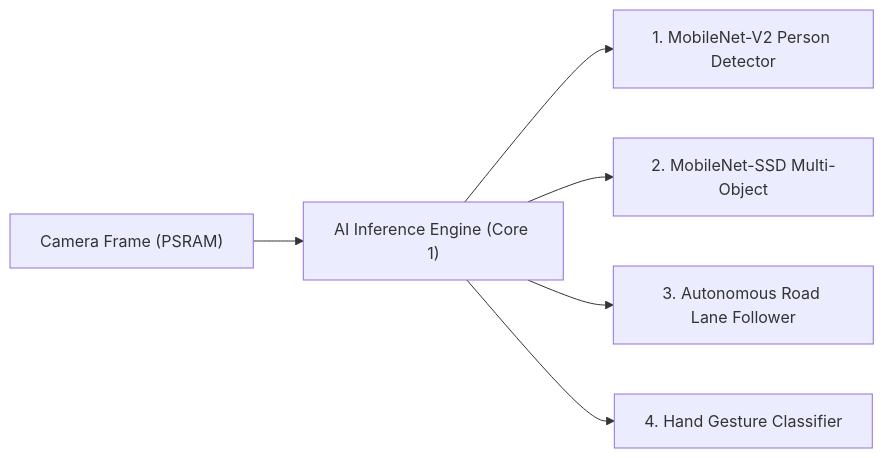
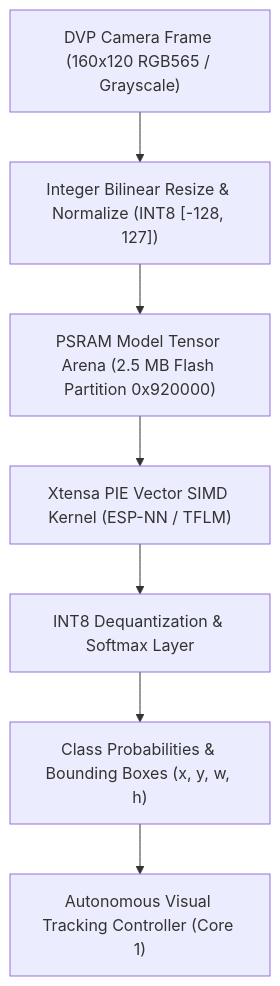
The diagram in docs/ai-vision/neural-models.md (tamimystic/tamimystic-os), drawn with Mermaid before and after one commit. The commit also changed other lines of this file and 23 other files, not shown here.

````diff
--- a/docs/ai-vision/neural-models.md
+++ b/docs/ai-vision/neural-models.md
@@ -18,8 +13,9 @@
 ```mermaid
-graph LR
-    CAM["Camera Frame (PSRAM)"] --> AI["AI Inference Engine (Core 1)"]
-    AI --> M1["1. MobileNet-V2 Person Detector"]
-    AI --> M2["2. MobileNet-SSD Multi-Object"]
-    AI --> M3["3. Autonomous Road Lane Follower"]
-    AI --> M4["4. Hand Gesture Classifier"]
+graph TD
+    FrameInput["DVP Camera Frame (160x120 RGB565 / Grayscale)"] --> Preprocess["Integer Bilinear Resize & Normalize (INT8 [-128, 127])"]
+    Preprocess --> TensorArena["PSRAM Model Tensor Arena (2.5 MB Flash Partition 0x920000)"]
+    TensorArena --> SIMDEngine["Xtensa PIE Vector SIMD Kernel (ESP-NN / TFLM)"]
+    SIMDEngine --> Softmax["INT8 Dequantization & Softmax Layer"]
+    Softmax --> Output["Class Probabilities & Bounding Boxes (x, y, w, h)"]
+    Output --> Tracking["Autonomous Visual Tracking Controller (Core 1)"]
 ```
````
